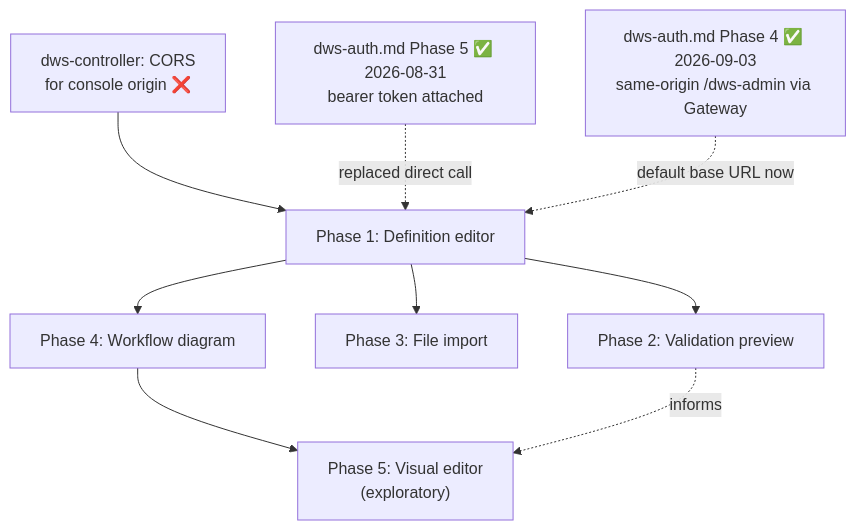
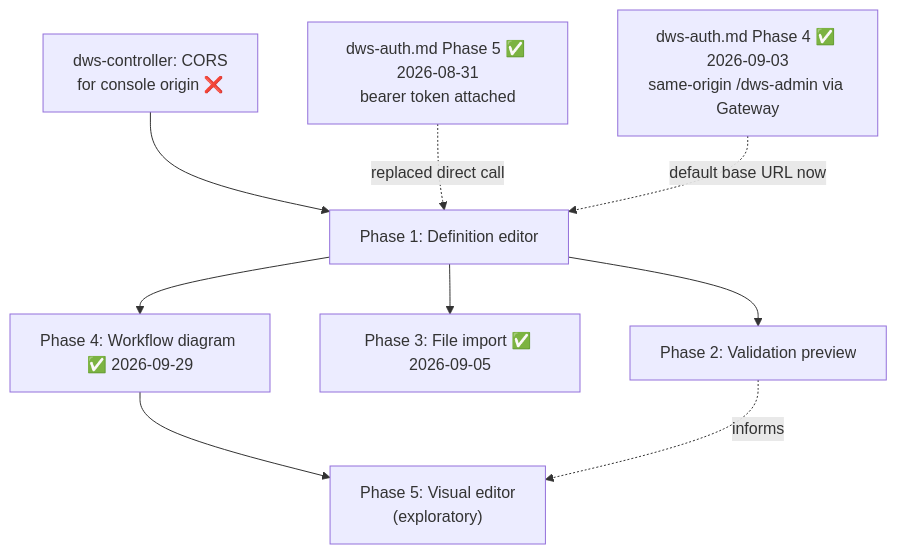
Before and after one commit to tonylibs/dapr-workflow-spec: the first of 2 diagrams in docs/roadmaps/dws-console-submission.md, drawn with Mermaid. The commit also changed other lines of this file and 21 other files, not shown here.

Commit message:
feat(console): implement workflow graph

````diff
--- a/docs/roadmaps/dws-console-submission.md
+++ b/docs/roadmaps/dws-console-submission.md
@@ -33,11 +33,11 @@
 ```mermaid
 flowchart TD
   CORS["dws-controller: CORS<br/>for console origin ❌"] --> P1["Phase 1: Definition editor"]
   P1 --> P2["Phase 2: Validation preview"]
-  P1 --> P3["Phase 3: File import"]
-  P1 --> P4["Phase 4: Workflow diagram"]
+  P1 --> P3["Phase 3: File import ✅ 2026-09-05"]
+  P1 --> P4["Phase 4: Workflow diagram ✅ 2026-09-29"]
   P4 --> P5["Phase 5: Visual editor<br/>(exploratory)"]
   P2 -.informs.-> P5
   Auth["dws-auth.md Phase 5 ✅ 2026-08-31<br/>bearer token attached"] -.replaced direct call.-> P1
   Gateway["dws-auth.md Phase 4 ✅ 2026-09-03<br/>same-origin /dws-admin via Gateway"] -.default base URL now.-> P1
 ```
````
